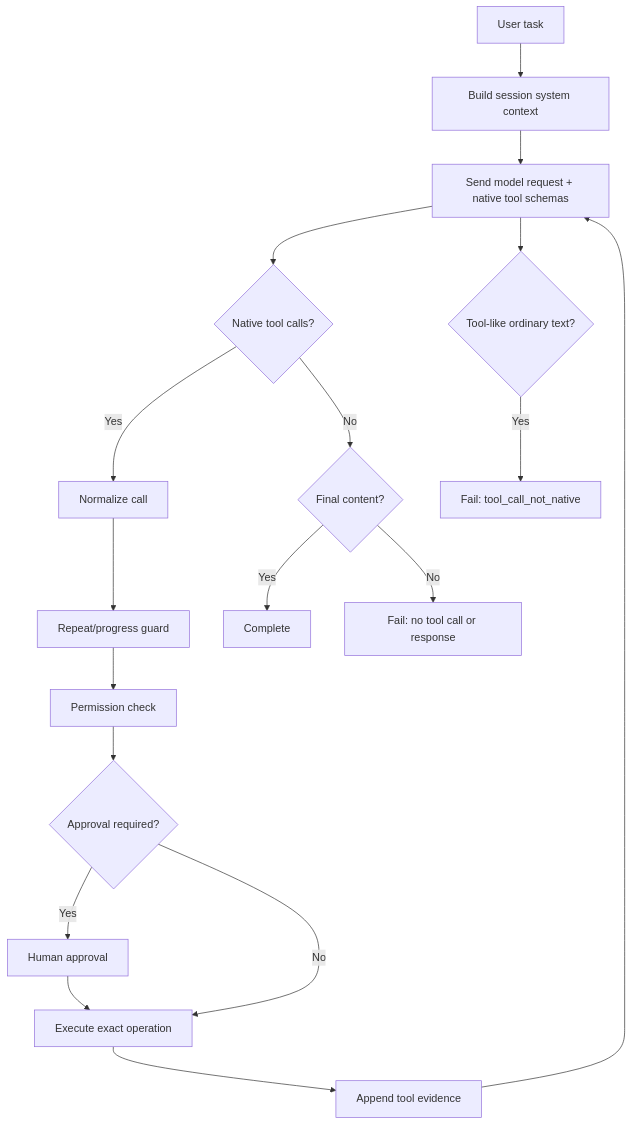
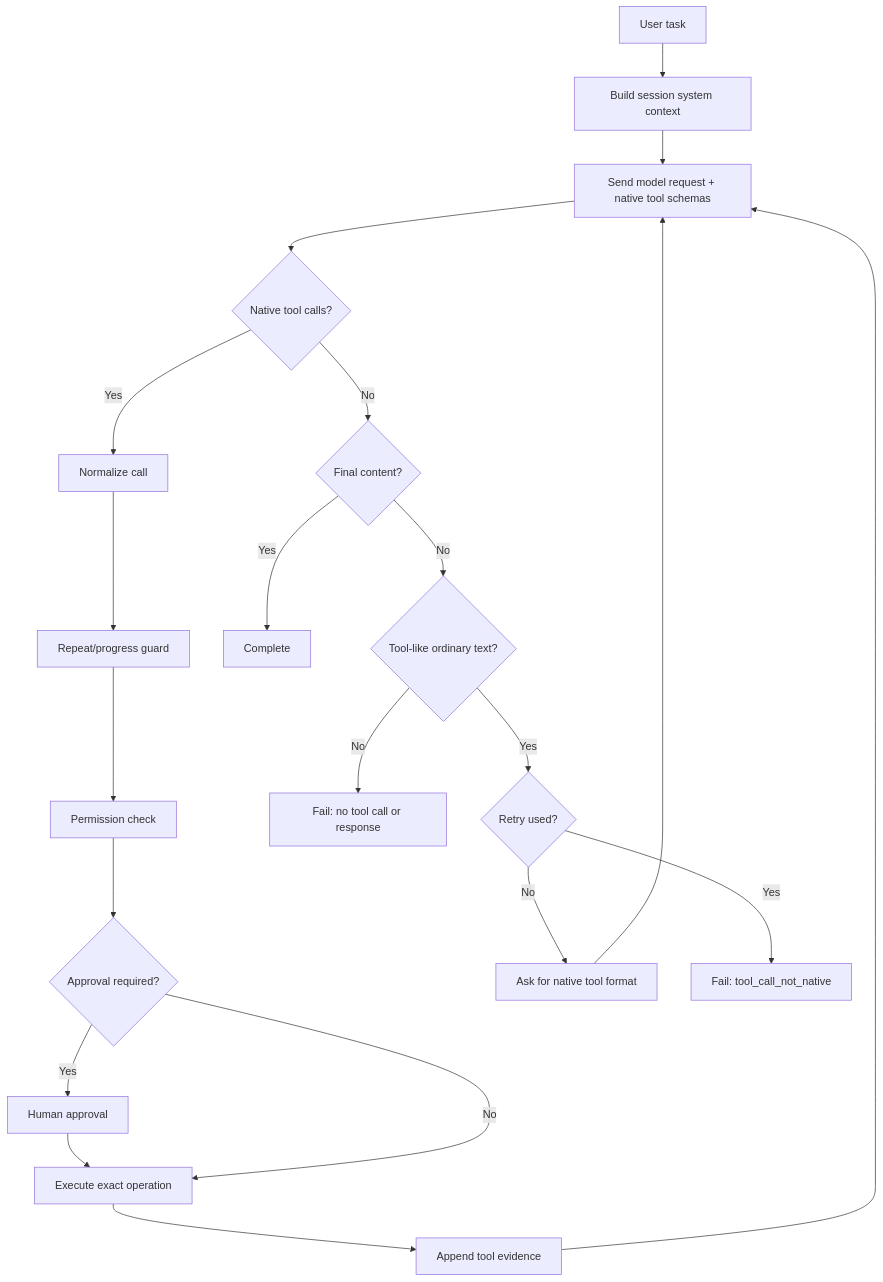
Before and after one commit to Pacenak/sol-lite: the diagram in docs/architecture/agent-runtime.md, drawn with Mermaid. The commit also changed other lines of this file and 31 other files, not shown here.

````diff
--- a/docs/architecture/agent-runtime.md
+++ b/docs/architecture/agent-runtime.md
@@ -5,20 +5,23 @@
 ```mermaid
 flowchart TD
     A[User task] --> B[Build session system context]
     B --> C[Send model request + native tool schemas]
     C --> D{Native tool calls?}
     D -- Yes --> E[Normalize call]
     E --> F[Repeat/progress guard]
     F --> G[Permission check]
     G --> H{Approval required?}
     H -- Yes --> I[Human approval]
     I --> J[Execute exact operation]
     H -- No --> J
     J --> K[Append tool evidence]
     K --> C
     D -- No --> L{Final content?}
     L -- Yes --> M[Complete]
-    L -- No --> N[Fail: no tool call or response]
-    C --> O{Tool-like ordinary text?}
-    O -- Yes --> P[Fail: tool_call_not_native]
+    L -- No --> N{Tool-like ordinary text?}
+    N -- No --> O[Fail: no tool call or response]
+    N -- Yes --> P{Retry used?}
+    P -- No --> Q[Ask for native tool format]
+    Q --> C
+    P -- Yes --> R[Fail: tool_call_not_native]
 ```
````
